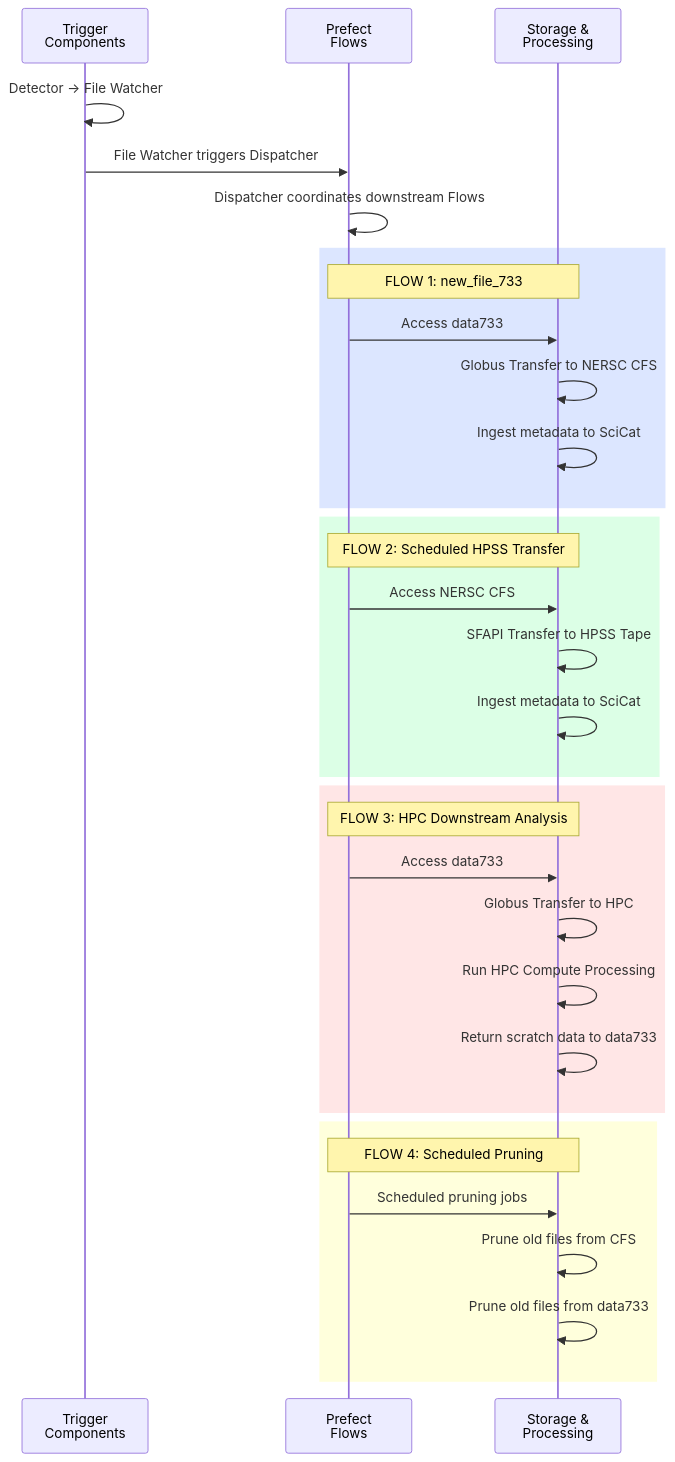
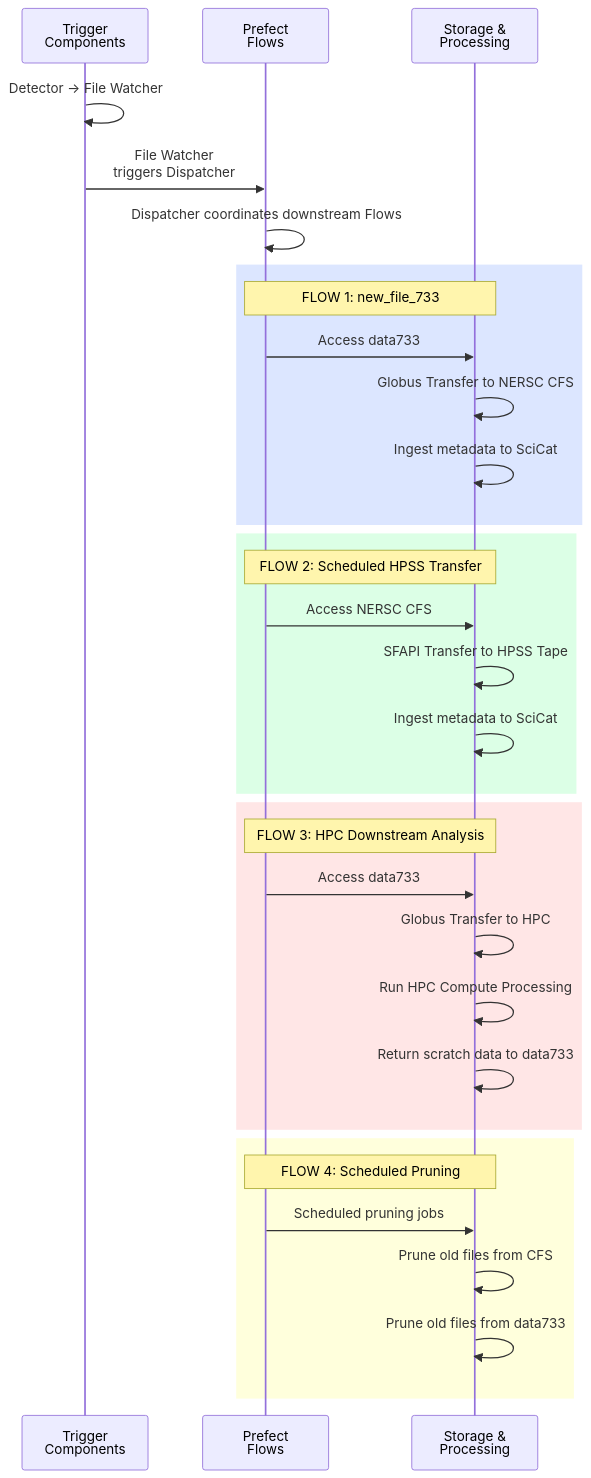
The first of 2 diagrams in docs/mkdocs/docs/bl733.md (als-computing/splash_flows), drawn with Mermaid before and after one commit. The commit also changed other lines of this file and 3 other files, not shown here.

````diff
--- a/docs/mkdocs/docs/bl733.md
+++ b/docs/mkdocs/docs/bl733.md
@@ -8,44 +64,44 @@
 ```mermaid
 sequenceDiagram
     participant T as Trigger<br/>Components
     participant F as Prefect<br/>Flows
     participant S as Storage &<br/>Processing
     
     %% Initial Trigger
     T->>T: Detector → File Watcher
-    T->>F: File Watcher triggers Dispatcher
+    T->>F: File Watcher<br/>triggers Dispatcher
     F->>F: Dispatcher coordinates downstream Flows
     
     %% Flow 1: new_file_733
     rect rgb(220, 230, 255)
         note over F,S: FLOW 1: new_file_733
         F->>S: Access data733
         S->>S: Globus Transfer to NERSC CFS
         S->>S: Ingest metadata to SciCat
     end
     
     %% Flow 2: HPSS Transfer
     rect rgb(220, 255, 230)
         note over F,S: FLOW 2: Scheduled HPSS Transfer
         F->>S: Access NERSC CFS
         S->>S: SFAPI Transfer to HPSS Tape
         S->>S: Ingest metadata to SciCat
     end
     
     %% Flow 3: HPC Analysis
     rect rgb(255, 230, 230)
         note over F,S: FLOW 3: HPC Downstream Analysis
         F->>S: Access data733
         S->>S: Globus Transfer to HPC
         S->>S: Run HPC Compute Processing
         S->>S: Return scratch data to data733
     end
     
     %% Flow 4: Scheduled Pruning
     rect rgb(255, 255, 220)
         note over F,S: FLOW 4: Scheduled Pruning
         F->>S: Scheduled pruning jobs
         S->>S: Prune old files from CFS
         S->>S: Prune old files from data733
     end
 ```
````
